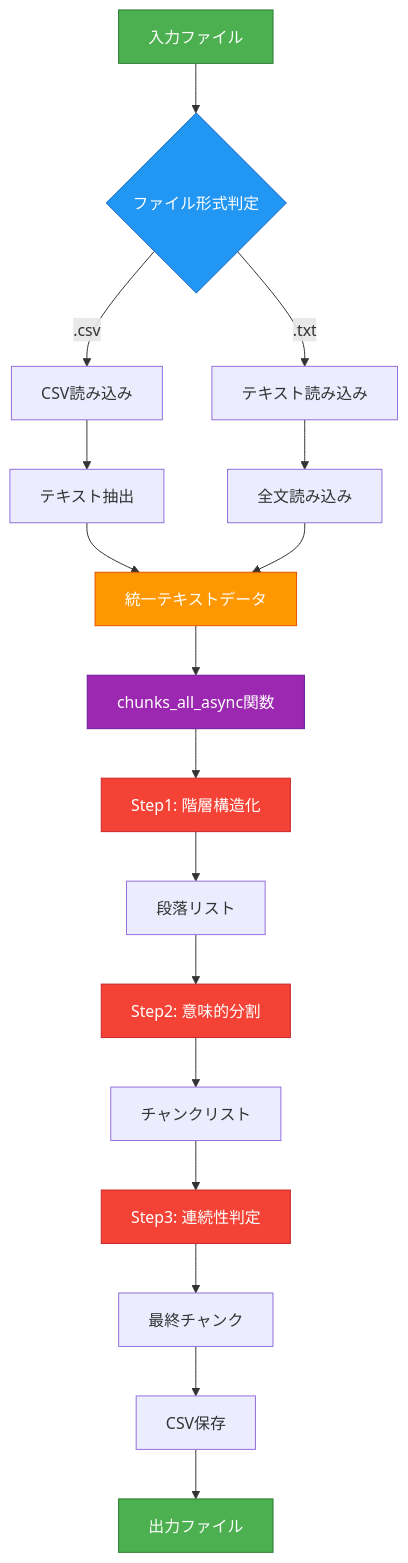
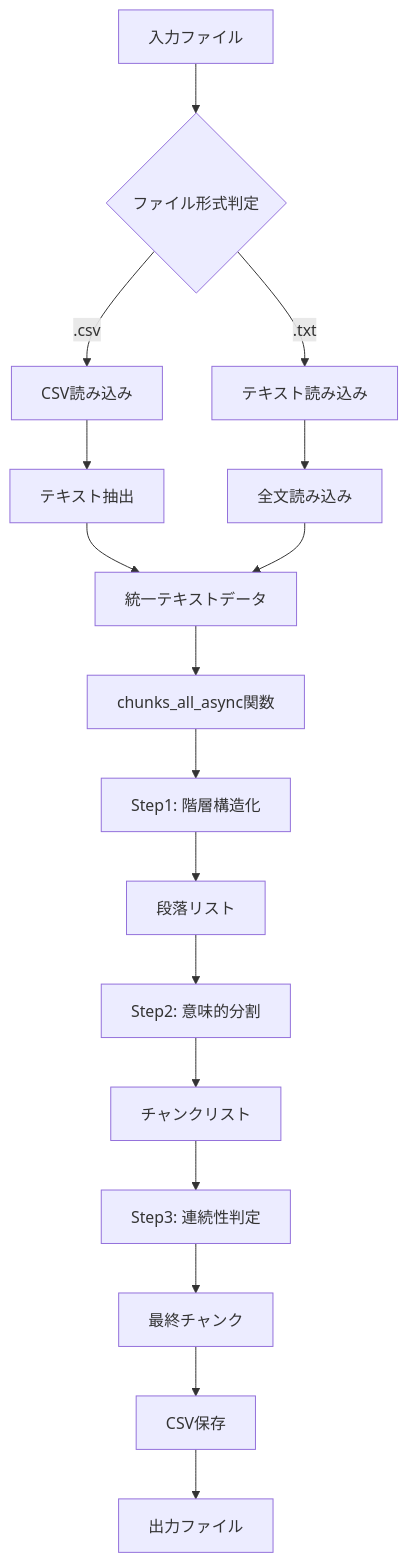
The diagram in chunking/doc/csv_text_to_chunks_text_csv.md (nakashima2toshio/gemini_grace_agent), drawn with Mermaid before and after one commit. The commit also changed other lines of this file and 26 other files, not shown here.

````diff
--- a/chunking/doc/csv_text_to_chunks_text_csv.md
+++ b/chunking/doc/csv_text_to_chunks_text_csv.md
@@ -120,35 +111,26 @@
 ```mermaid
 graph TB
     A[入力ファイル] --> B{ファイル形式判定}
     B -->|.csv| C[CSV読み込み]
     B -->|.txt| D[テキスト読み込み]
 
     C --> E[テキスト抽出]
     D --> F[全文読み込み]
 
     E --> G[統一テキストデータ]
     F --> G
 
     G --> H[chunks_all_async関数]
 
     H --> I[Step1: 階層構造化]
     I --> J[段落リスト]
 
     J --> K[Step2: 意味的分割]
     K --> L[チャンクリスト]
 
     L --> M[Step3: 連続性判定]
     M --> N[最終チャンク]
 
     N --> O[CSV保存]
     O --> P[出力ファイル]
-
-    style A fill:#4CAF50,stroke:#2E7D32,color:#fff
-    style B fill:#2196F3,stroke:#1565C0,color:#fff
-    style G fill:#FF9800,stroke:#E65100,color:#fff
-    style H fill:#9C27B0,stroke:#6A1B9A,color:#fff
-    style I fill:#F44336,stroke:#C62828,color:#fff
-    style K fill:#F44336,stroke:#C62828,color:#fff
-    style M fill:#F44336,stroke:#C62828,color:#fff
-    style P fill:#4CAF50,stroke:#2E7D32,color:#fff
 ```
````
